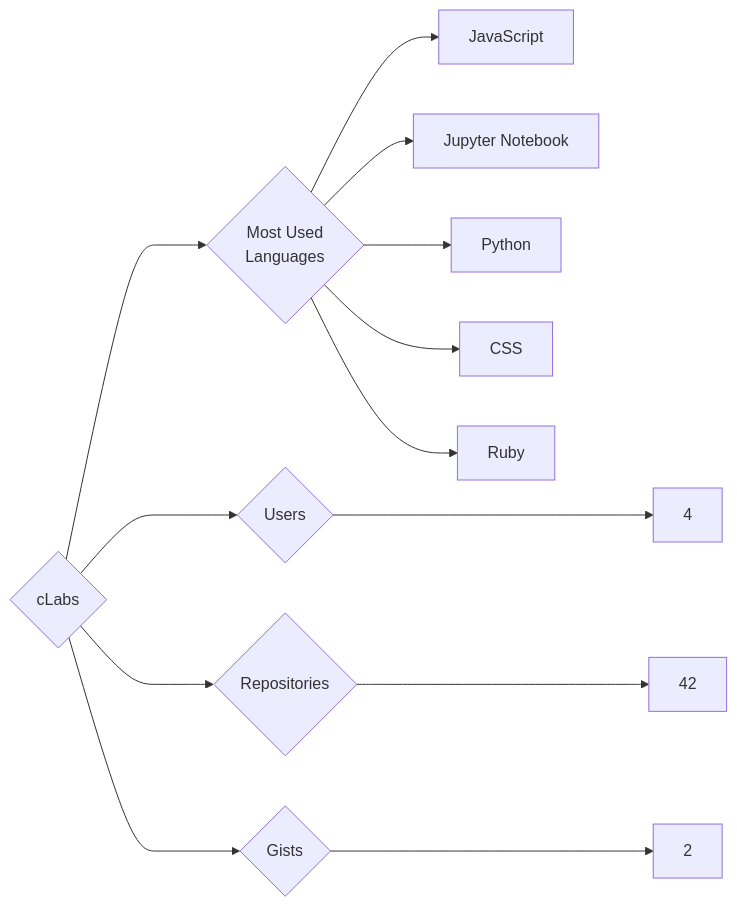
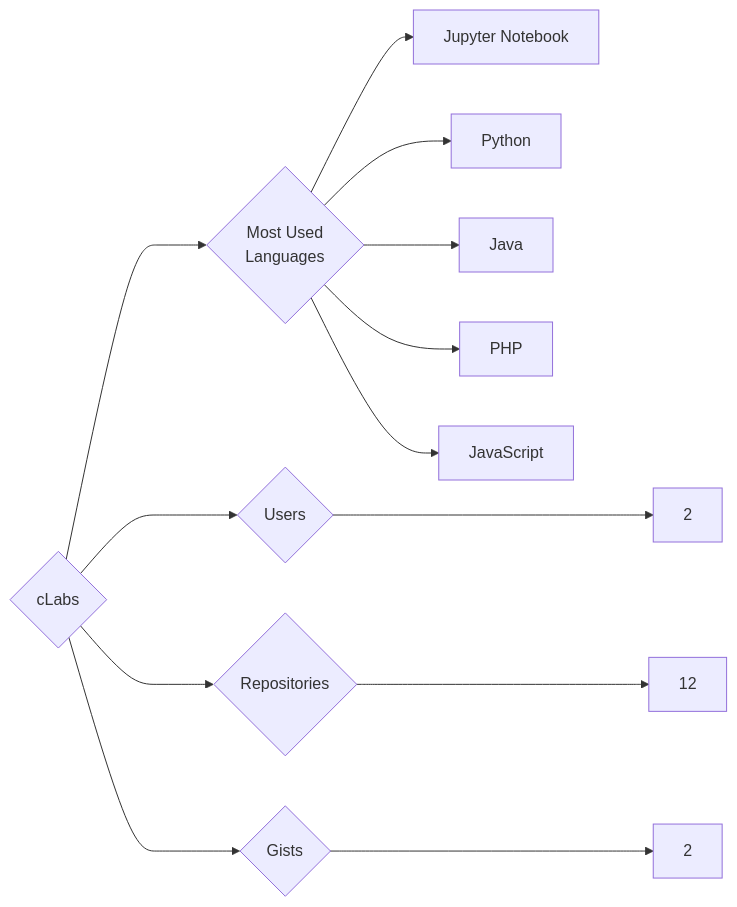
The diagram in targets/cLabs/README.md (trickest/insiders), drawn with Mermaid before and after one commit. The commit also changed 1007 other files, not shown here.

````diff
--- a/targets/cLabs/README.md
+++ b/targets/cLabs/README.md
@@ -3,13 +3,13 @@
 ```mermaid
 graph LR
 COMPANY_NAME{cLabs}
-COMPANY_NAME ---> U{Users} ---> UN[4]
-COMPANY_NAME ---> R{Repositories} ---> RN[42]
+COMPANY_NAME ---> U{Users} ---> UN[2]
+COMPANY_NAME ---> R{Repositories} ---> RN[12]
 COMPANY_NAME ---> G{Gists} ---> GN[2]
 COMPANY_NAME ---> ML{Most Used<br>Languages}
-ML --> JavaScript[JavaScript]
 ML --> Jupyter_Notebook[Jupyter Notebook]
 ML --> Python[Python]
-ML --> CSS[CSS]
-ML --> Ruby[Ruby]
+ML --> Java[Java]
+ML --> PHP[PHP]
+ML --> JavaScript[JavaScript]
 ```
````
